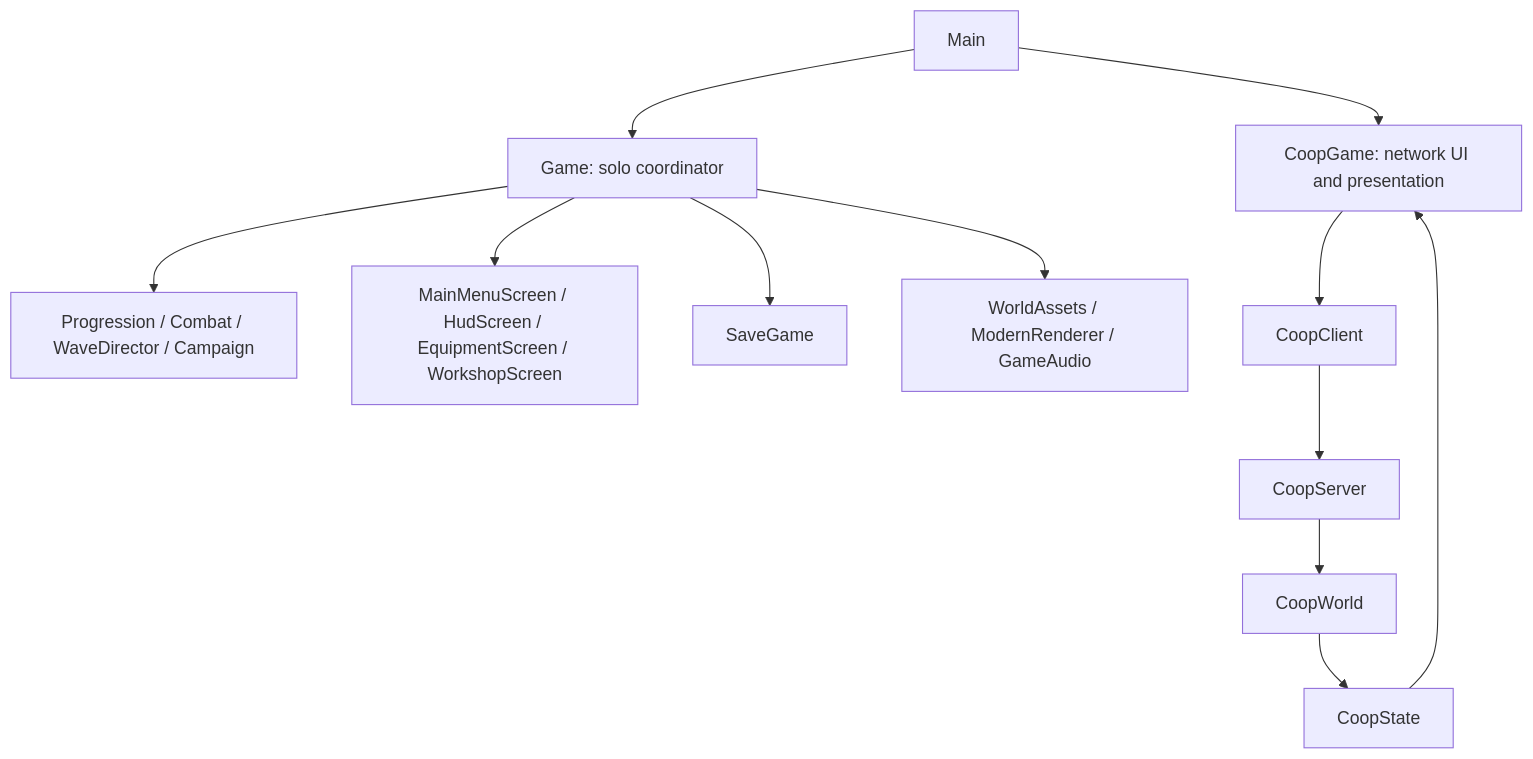
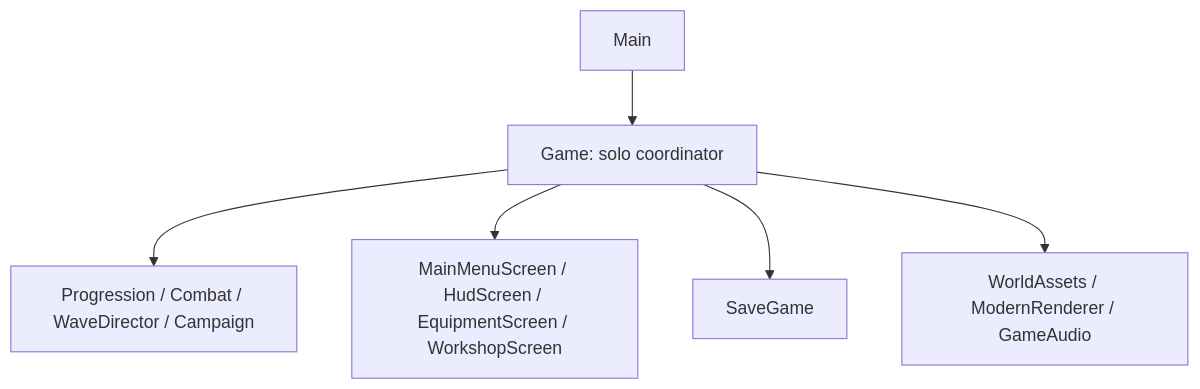
Before and after one commit to Chris020606/JavaGame: the diagram in docs/development/ARCHITECTURE.md, drawn with Mermaid. The commit also changed other lines of this file and 74 other files, not shown here.

````diff
--- a/docs/development/ARCHITECTURE.md
+++ b/docs/development/ARCHITECTURE.md
@@ -5,14 +5,8 @@
 ```mermaid
 flowchart TD
     Main --> Game[Game: solo coordinator]
-    Main --> CoopGame[CoopGame: network UI and presentation]
     Game --> Rules[Progression / Combat / WaveDirector / Campaign]
     Game --> Views[MainMenuScreen / HudScreen / EquipmentScreen / WorkshopScreen]
     Game --> SaveGame
     Game --> Rendering[WorldAssets / ModernRenderer / GameAudio]
-    CoopGame --> CoopClient
-    CoopClient --> CoopServer
-    CoopServer --> CoopWorld
-    CoopWorld --> CoopState
-    CoopState --> CoopGame
 ```
````
